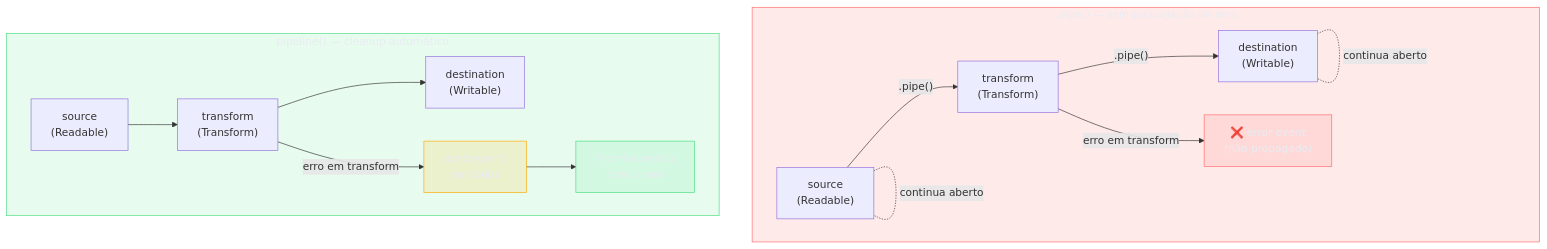
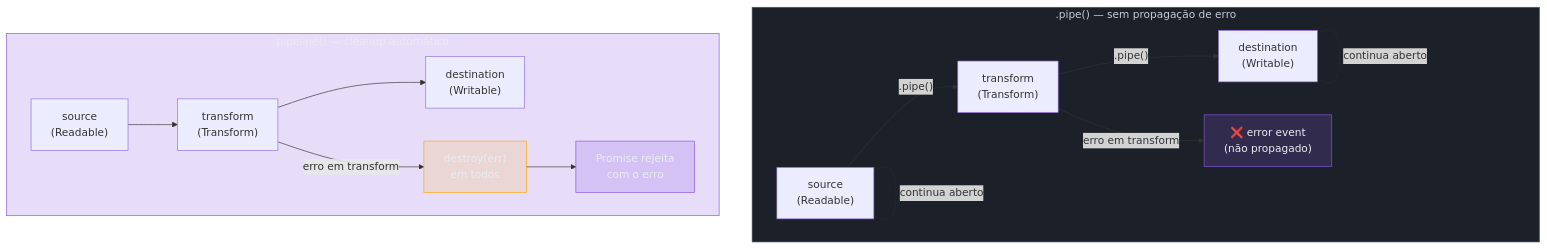
Before and after one commit to josenaldo/codex-technomanticus: the diagram in 03-Dominios/Tecnologia/Node/Streams/07 - pipeline vs pipe - error handling.md, drawn with Mermaid. The commit also changed 601 other files, not shown here.

````diff
--- a/03-Dominios/Tecnologia/Node/Streams/07 - pipeline vs pipe - error handling.md
+++ b/03-Dominios/Tecnologia/Node/Streams/07 - pipeline vs pipe - error handling.md
@@ -97,26 +97,26 @@
 ```mermaid
 flowchart TD
-    classDef falha fill:#FF6B6B24,stroke:#FF6B6B,color:#E9ECF2
-    classDef ok fill:#4ADE8021,stroke:#4ADE80,color:#E9ECF2
+    classDef marca fill:#8855DF33,stroke:#8855DF,color:#E9ECF2
+    classDef neutro fill:#1B2029,stroke:#4E5666,color:#C6CCD8
     classDef destaque fill:#FFAA0024,stroke:#FFAA00,color:#E9ECF2
     subgraph PIPE [".pipe() — sem propagação de erro"]
         direction LR
         PA["source\n(Readable)"] -->|".pipe()"| PB["transform\n(Transform)"] -->|".pipe()"| PC["destination\n(Writable)"]
         PB -- "erro em transform" --> PE["❌ error event\n(não propagado)"]
         PA -. "continua aberto" .- PA
         PC -. "continua aberto" .- PC
     end
 
     subgraph PIPELINE ["pipeline() — cleanup automático"]
         direction LR
         QA["source\n(Readable)"] --> QB["transform\n(Transform)"] --> QC["destination\n(Writable)"]
         QB -- "erro em transform" --> QD["destroy(err)\nem todos"]
         QD --> QE["Promise rejeita\ncom o erro"]
     end
 
-    class PIPE falha
-    class PIPELINE ok
-    class PE falha
+    class PIPE neutro
+    class PIPELINE marca
+    class PE marca
     class QD destaque
-    class QE ok
+    class QE marca
 ```
````
